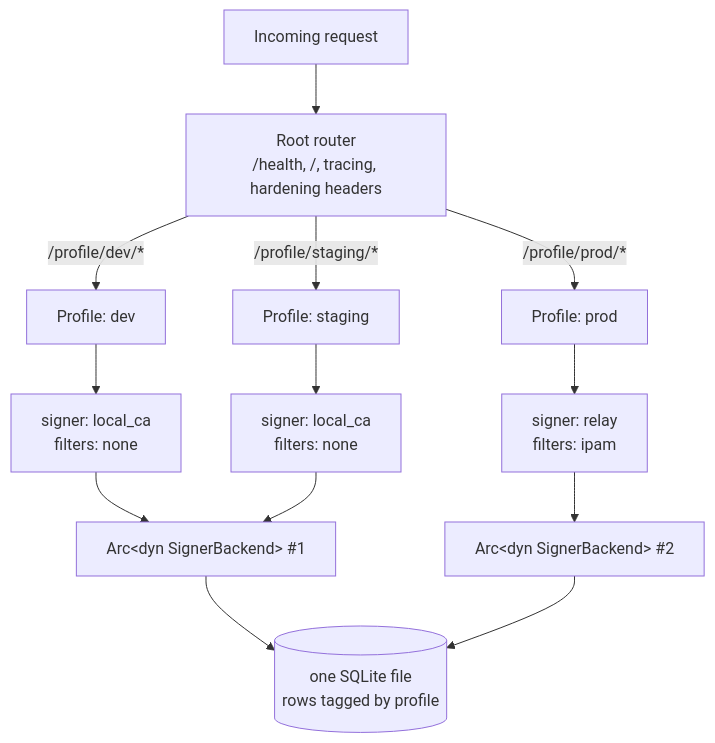
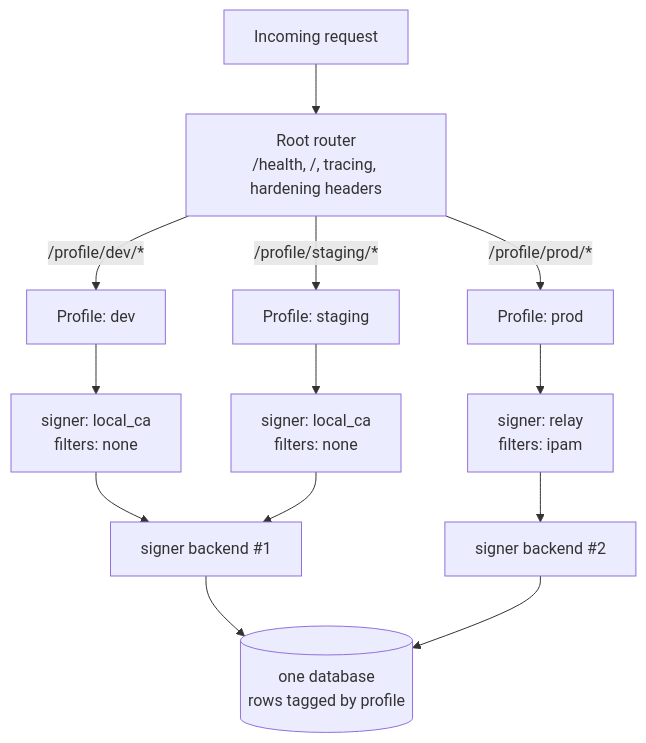
Before and after one commit to acme-proxy/acme-proxy: the first of 2 diagrams in doc/src/core/profiles.md, drawn with Mermaid. The commit also changed other lines of this file and 21 other files, not shown here.

````diff
--- a/doc/src/core/profiles.md
+++ b/doc/src/core/profiles.md
@@ -24,18 +24,18 @@
 ```mermaid
 graph TD
     REQ["Incoming request"] --> ROOT["Root router<br/>/health, /, tracing, hardening headers"]
     ROOT -->|"/profile/dev/*"| PDEV["Profile: dev"]
     ROOT -->|"/profile/prod/*"| PPROD["Profile: prod"]
     ROOT -->|"/profile/staging/*"| PSTG["Profile: staging"]
 
     PDEV --> SDEV["signer: local_ca<br/>filters: none"]
     PPROD --> SPROD["signer: relay<br/>filters: ipam"]
     PSTG --> SSTG["signer: local_ca<br/>filters: none"]
 
-    SDEV --> B1["Arc&lt;dyn SignerBackend&gt; #1"]
+    SDEV --> B1["signer backend #1"]
     SSTG --> B1
-    SPROD --> B2["Arc&lt;dyn SignerBackend&gt; #2"]
+    SPROD --> B2["signer backend #2"]
 
-    B1 --> DB[("one SQLite file<br/>rows tagged by profile")]
+    B1 --> DB[("one database<br/>rows tagged by profile")]
     B2 --> DB
 ```
````
